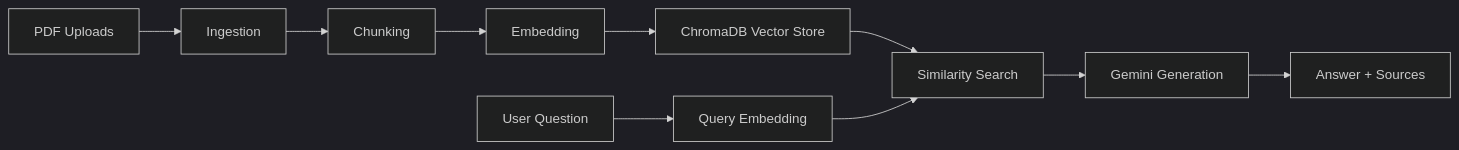
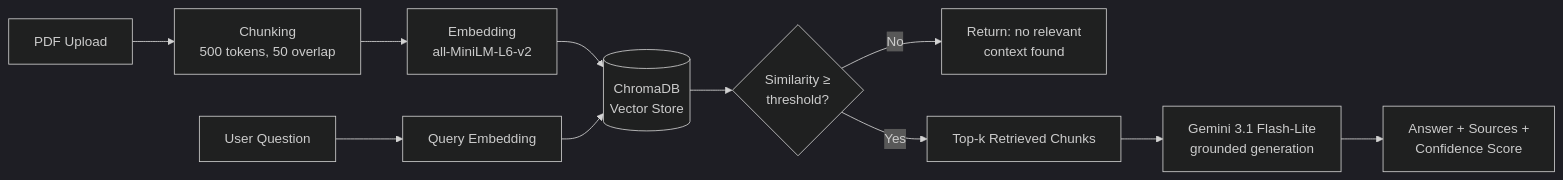
The diagram in README.md (ITZMElk/rag-chatbot), drawn with Mermaid (dark theme) before and after one commit. The commit also changed other lines of this file, not shown here.

````diff
--- a/README.md
+++ b/README.md
@@ -9,12 +29,14 @@
 ```mermaid
 flowchart LR
-    A[PDF Uploads] --> B[Ingestion]
-    B --> C[Chunking]
-    C --> D[Embedding]
-    D --> E[ChromaDB Vector Store]
-    F[User Question] --> G[Query Embedding]
-    E --> H[Similarity Search]
-    G --> H
-    H --> I[Gemini Generation]
-    I --> J[Answer + Sources]
+    A[PDF Upload] --> B[Chunking<br/>500 tokens, 50 overlap]
+    B --> C[Embedding<br/>all-MiniLM-L6-v2]
+    C --> D[(ChromaDB<br/>Vector Store)]
+    
+    E[User Question] --> F[Query Embedding]
+    F --> D
+    D --> G{Similarity ≥<br/>threshold?}
+    G -->|No| H[Return: no relevant<br/>context found]
+    G -->|Yes| I[Top-k Retrieved Chunks]
+    I --> J[Gemini 3.1 Flash-Lite<br/>grounded generation]
+    J --> K[Answer + Sources +<br/>Confidence Score]
 ```
````
